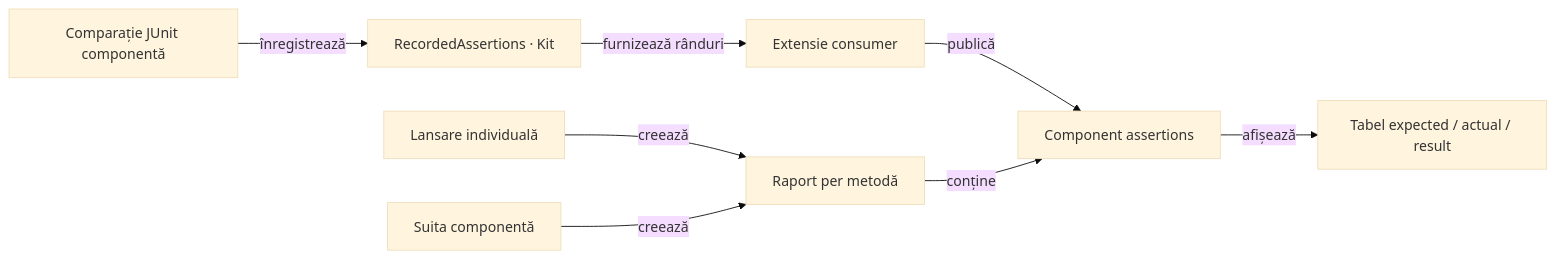
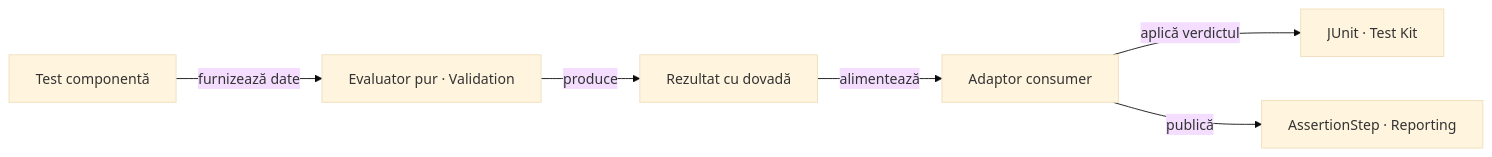
One commit to crististefanita/atf_j0 changed the diagram in docs/feedback/ATF_Consumer_Business_Test_Focus_Feedback.md. Above: the diagram before and after it, drawn with Mermaid (base theme). The commit also changed other lines of this file and 78 other files, not shown here.

Commit message:
Align consumer test reporting contracts

````diff
--- a/docs/feedback/ATF_Consumer_Business_Test_Focus_Feedback.md
+++ b/docs/feedback/ATF_Consumer_Business_Test_Focus_Feedback.md
@@ -73,10 +83,8 @@
 ```mermaid
 flowchart LR
-    J[Comparație JUnit componentă] -->|înregistrează| R[RecordedAssertions · Kit]
-    R -->|furnizează rânduri| Adapter[Extensie consumer]
-    Adapter -->|publică| S[Component assertions]
-    S -->|afișează| T[Tabel expected / actual / result]
-    I[Lansare individuală] -->|creează| A[Raport per metodă]
-    Q[Suita componentă] -->|creează| A
-    A -->|conține| S
+    T[Test componentă] -->|furnizează date| V[Evaluator pur · Validation]
+    V -->|produce| R[Rezultat cu dovadă]
+    R -->|alimentează| A[Adaptor consumer]
+    A -->|aplică verdictul| J[JUnit · Test Kit]
+    A -->|publică| S[AssertionStep · Reporting]
 ```
````
